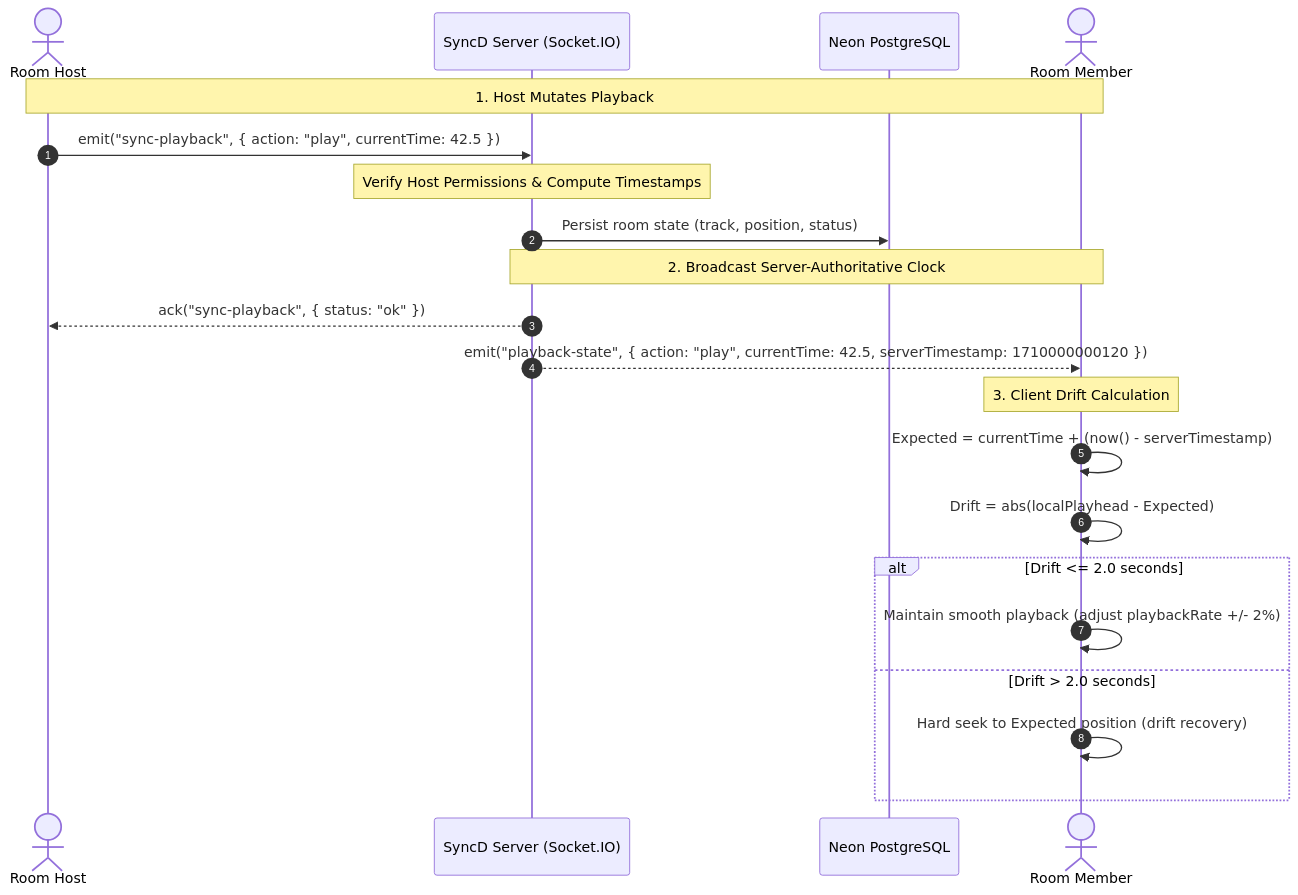
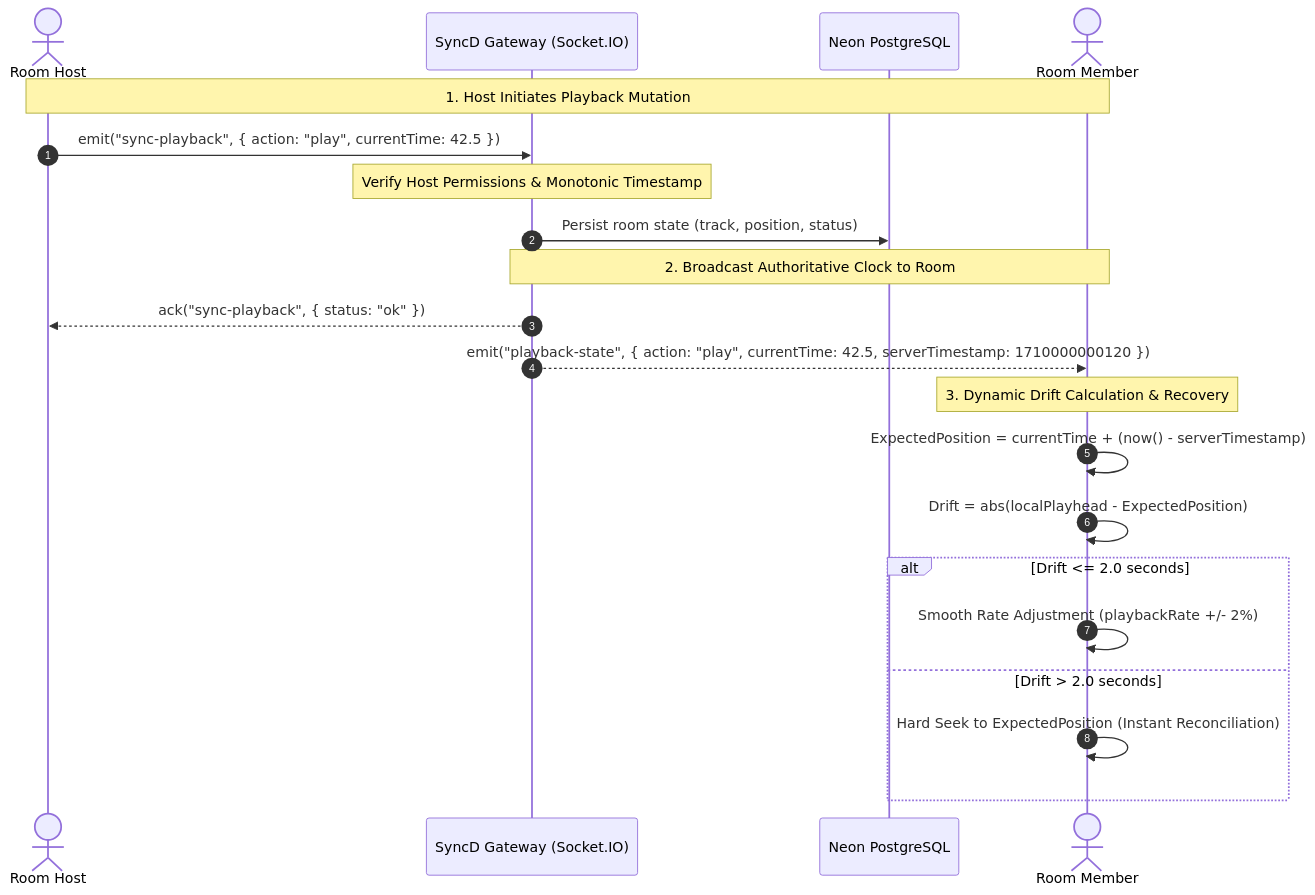
Before and after one commit to Heisenberg300604/Syncd: the second of 2 diagrams in README.md, drawn with Mermaid. The commit also changed other lines of this file and 47 other files, not shown here.

````diff
--- a/README.md
+++ b/README.md
@@ -133,28 +185,28 @@
 ```mermaid
 sequenceDiagram
     autonumber
     actor Host as Room Host
-    participant Svr as SyncD Server (Socket.IO)
+    participant Svr as SyncD Gateway (Socket.IO)
     participant DB as Neon PostgreSQL
     actor Member as Room Member
 
-    Note over Host,Member: 1. Host Mutates Playback
+    Note over Host,Member: 1. Host Initiates Playback Mutation
     Host->>Svr: emit("sync-playback", { action: "play", currentTime: 42.5 })
     
-    Note over Svr: Verify Host Permissions & Compute Timestamps
+    Note over Svr: Verify Host Permissions & Monotonic Timestamp
     Svr->>DB: Persist room state (track, position, status)
     
-    Note over Svr,Member: 2. Broadcast Server-Authoritative Clock
+    Note over Svr,Member: 2. Broadcast Authoritative Clock to Room
     Svr-->>Host: ack("sync-playback", { status: "ok" })
     Svr-->>Member: emit("playback-state", { action: "play", currentTime: 42.5, serverTimestamp: 1710000000120 })
 
-    Note over Member: 3. Client Drift Calculation
-    Member->>Member: Expected = currentTime + (now() - serverTimestamp)
-    Member->>Member: Drift = abs(localPlayhead - Expected)
+    Note over Member: 3. Dynamic Drift Calculation & Recovery
+    Member->>Member: ExpectedPosition = currentTime + (now() - serverTimestamp)
+    Member->>Member: Drift = abs(localPlayhead - ExpectedPosition)
     
     alt Drift <= 2.0 seconds
-        Member->>Member: Maintain smooth playback (adjust playbackRate +/- 2%)
+        Member->>Member: Smooth Rate Adjustment (playbackRate +/- 2%)
     else Drift > 2.0 seconds
-        Member->>Member: Hard seek to Expected position (drift recovery)
+        Member->>Member: Hard Seek to ExpectedPosition (Instant Reconciliation)
     end
 ```
````
